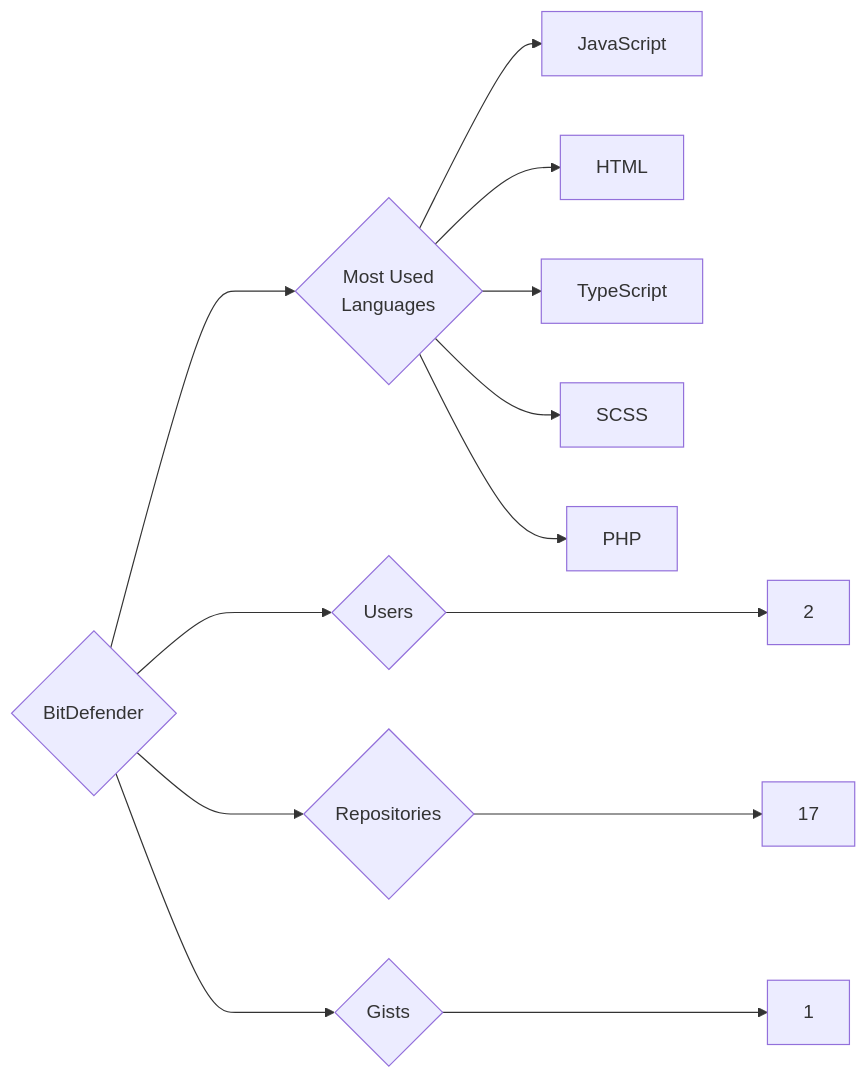
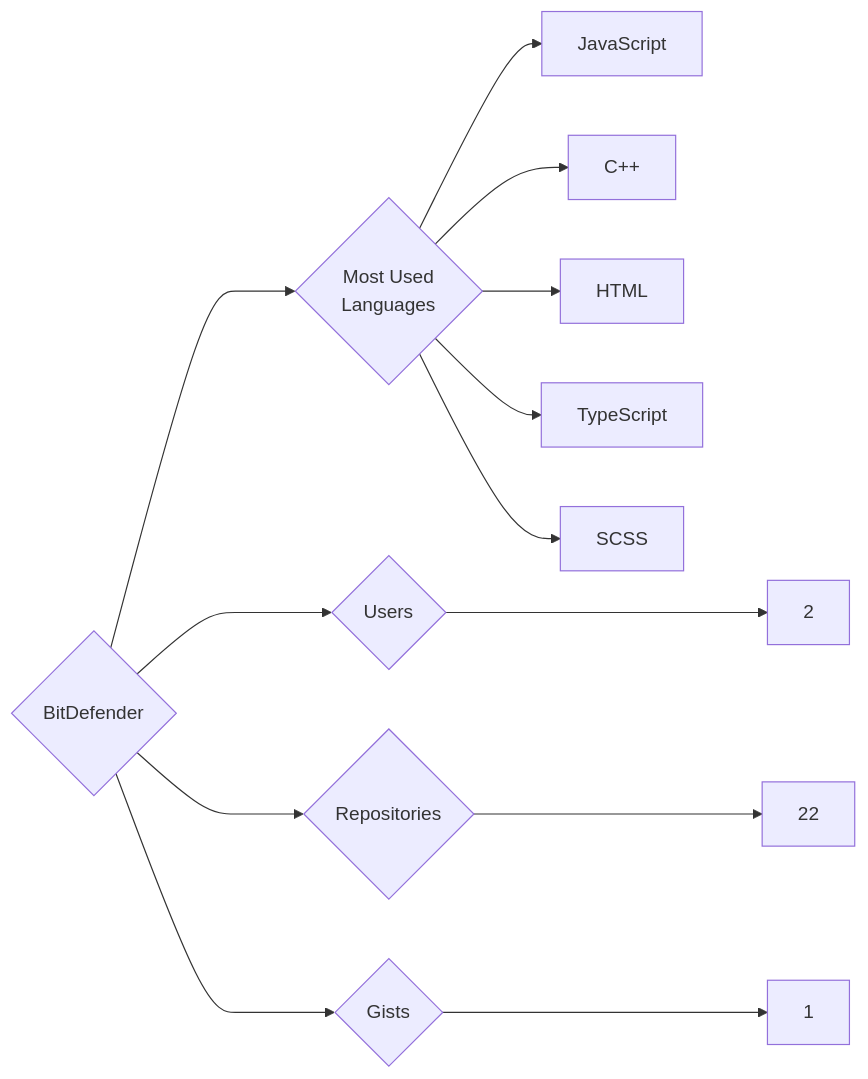
One commit to trickest/insiders changed the diagram in targets/BitDefender/README.md. Above: the diagram before and after it, drawn with Mermaid. The commit also changed 942 other files, not shown here.

````diff
--- a/targets/BitDefender/README.md
+++ b/targets/BitDefender/README.md
@@ -3,13 +3,13 @@
 ```mermaid
 graph LR
 COMPANY_NAME{BitDefender}
 COMPANY_NAME ---> U{Users} ---> UN[2]
-COMPANY_NAME ---> R{Repositories} ---> RN[17]
+COMPANY_NAME ---> R{Repositories} ---> RN[22]
 COMPANY_NAME ---> G{Gists} ---> GN[1]
 COMPANY_NAME ---> ML{Most Used<br>Languages}
 ML --> JavaScript[JavaScript]
+ML --> C++[C++]
 ML --> HTML[HTML]
 ML --> TypeScript[TypeScript]
 ML --> SCSS[SCSS]
-ML --> PHP[PHP]
 ```
````
